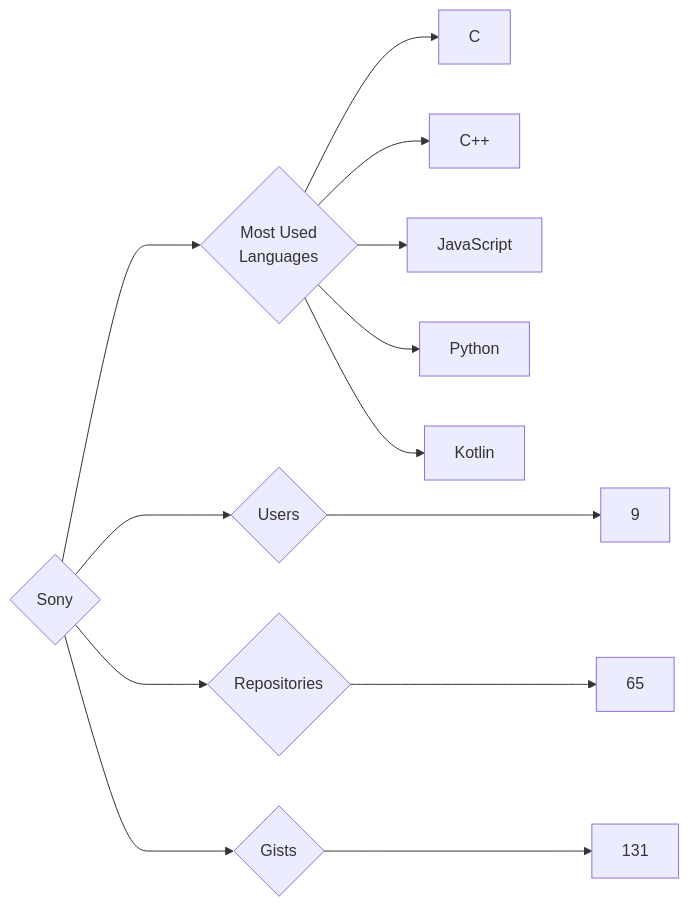
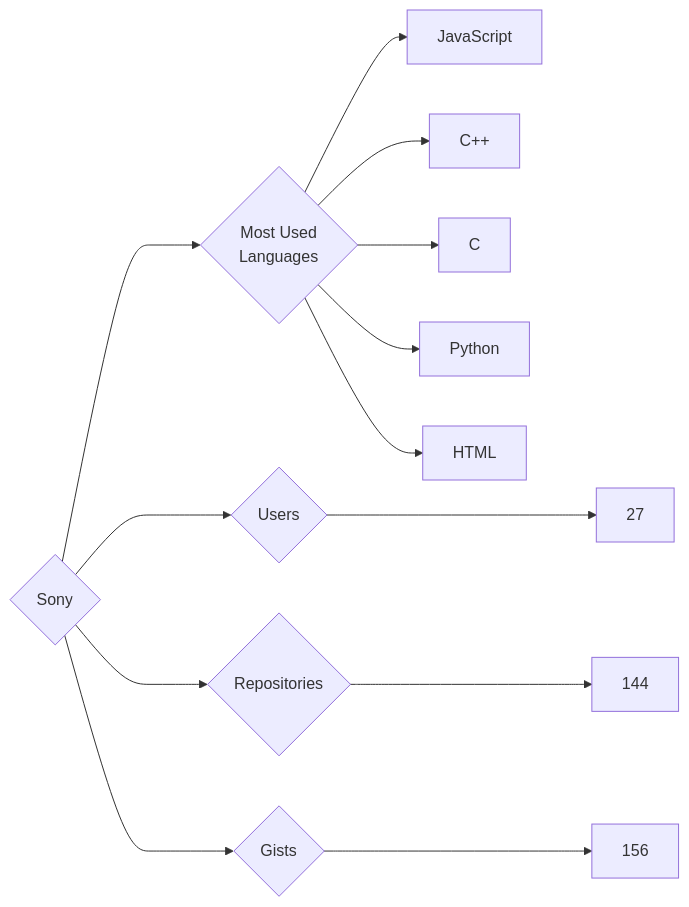
One commit to trickest/insiders changed the diagram in targets/Sony/README.md. Above: the diagram before and after it, drawn with Mermaid. The commit also changed 970 other files, not shown here.

````diff
--- a/targets/Sony/README.md
+++ b/targets/Sony/README.md
@@ -3,13 +3,13 @@
 ```mermaid
 graph LR
 COMPANY_NAME{Sony}
-COMPANY_NAME ---> U{Users} ---> UN[9]
-COMPANY_NAME ---> R{Repositories} ---> RN[65]
-COMPANY_NAME ---> G{Gists} ---> GN[131]
+COMPANY_NAME ---> U{Users} ---> UN[27]
+COMPANY_NAME ---> R{Repositories} ---> RN[144]
+COMPANY_NAME ---> G{Gists} ---> GN[156]
 COMPANY_NAME ---> ML{Most Used<br>Languages}
+ML --> JavaScript[JavaScript]
+ML --> C++[C++]
 ML --> C[C]
-ML --> C++[C++]
-ML --> JavaScript[JavaScript]
 ML --> Python[Python]
-ML --> Kotlin[Kotlin]
+ML --> HTML[HTML]
 ```
````
